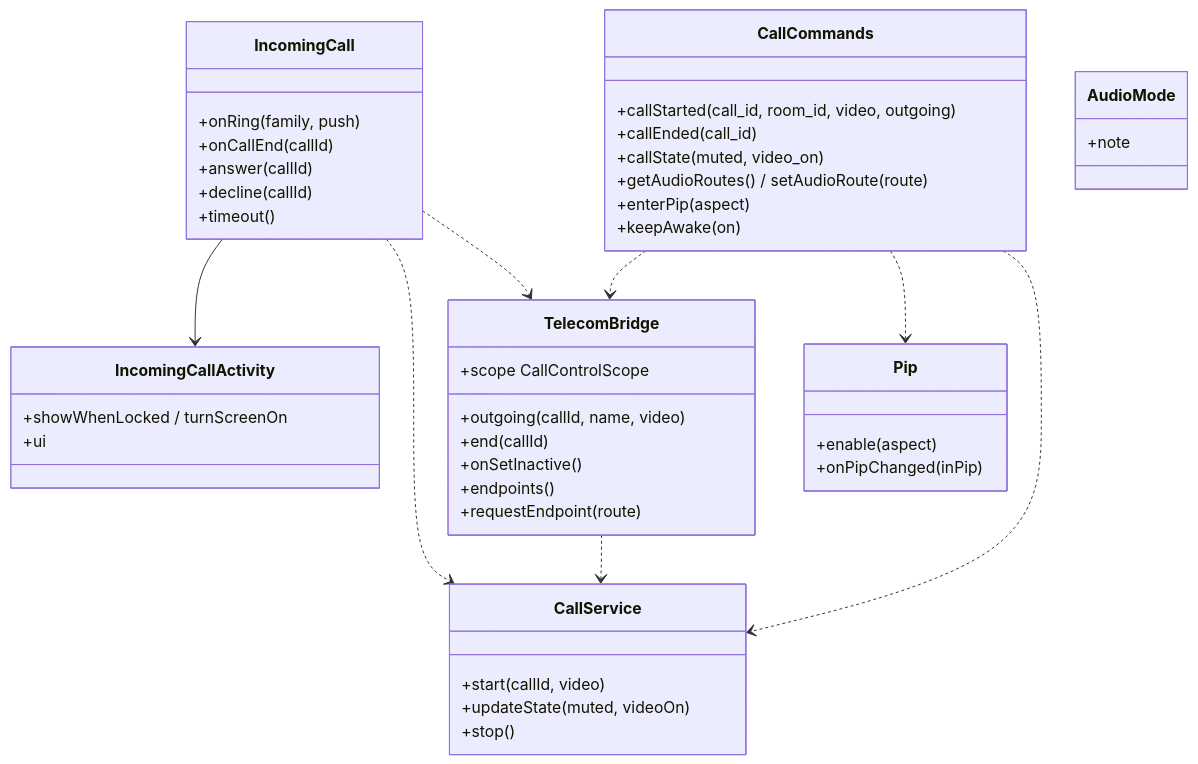
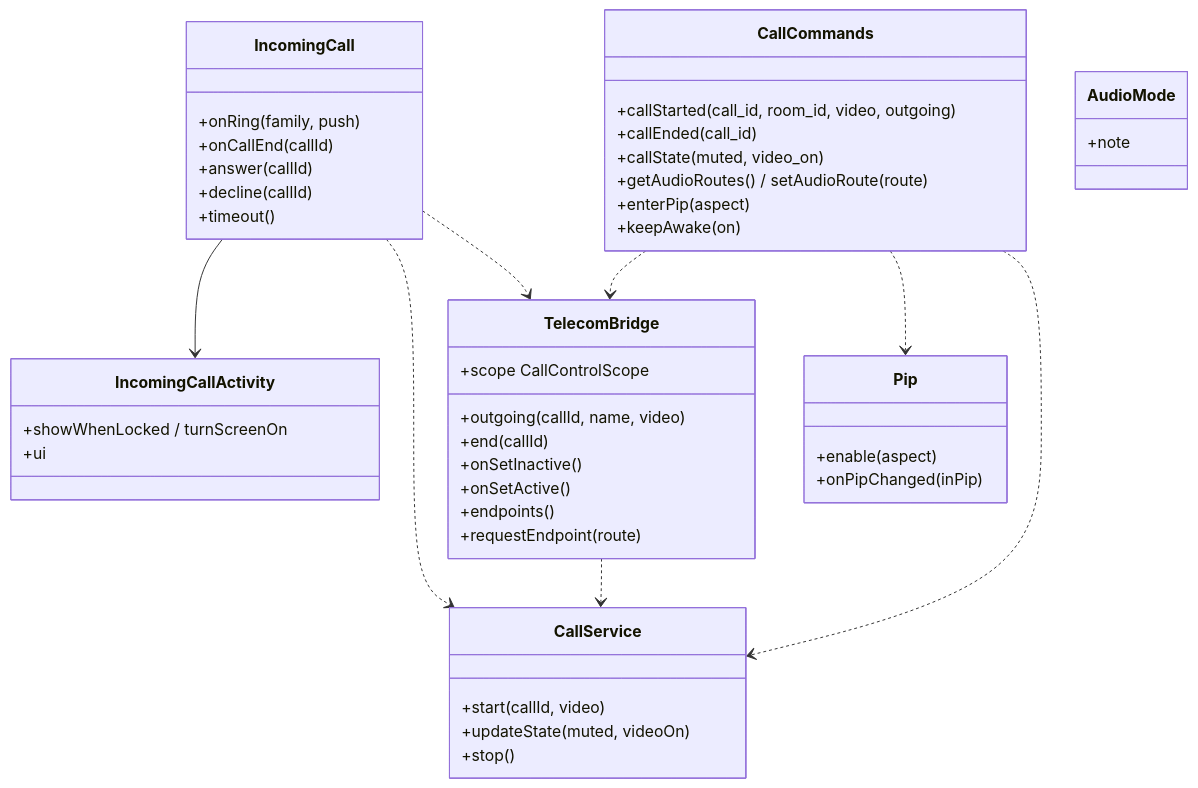
One commit to nrsd-ishikawasou/family-talk-pwa changed the diagram in dev/docs/jp/ブロック/and-calls.md. Above: the diagram before and after it, drawn with Mermaid. The commit also changed other lines of this file and 290 other files, not shown here.

````diff
--- a/dev/docs/jp/ブロック/and-calls.md
+++ b/dev/docs/jp/ブロック/and-calls.md
@@ -18,49 +42,50 @@
 ```mermaid
 classDiagram
   class IncomingCall {
     +onRing(family, push)
     +onCallEnd(callId)
     +answer(callId)
     +decline(callId)
     +timeout()
   }
   class IncomingCallActivity {
     +showWhenLocked / turnScreenOn
     +ui
   }
   class CallService {
     +start(callId, video)
     +updateState(muted, videoOn)
     +stop()
   }
   class TelecomBridge {
     +scope CallControlScope
     +outgoing(callId, name, video)
     +end(callId)
     +onSetInactive()
+    +onSetActive()
     +endpoints()
     +requestEndpoint(route)
   }
   class Pip {
     +enable(aspect)
     +onPipChanged(inPip)
   }
   class CallCommands {
     +callStarted(call_id, room_id, video, outgoing)
     +callEnded(call_id)
     +callState(muted, video_on)
     +getAudioRoutes() / setAudioRoute(route)
     +enterPip(aspect)
     +keepAwake(on)
   }
   class AudioMode {
     +note
   }
   IncomingCall --> IncomingCallActivity
   IncomingCall ..> CallService
   IncomingCall ..> TelecomBridge
   TelecomBridge ..> CallService
   CallCommands ..> TelecomBridge
   CallCommands ..> Pip
   CallCommands ..> CallService
 ```
````
